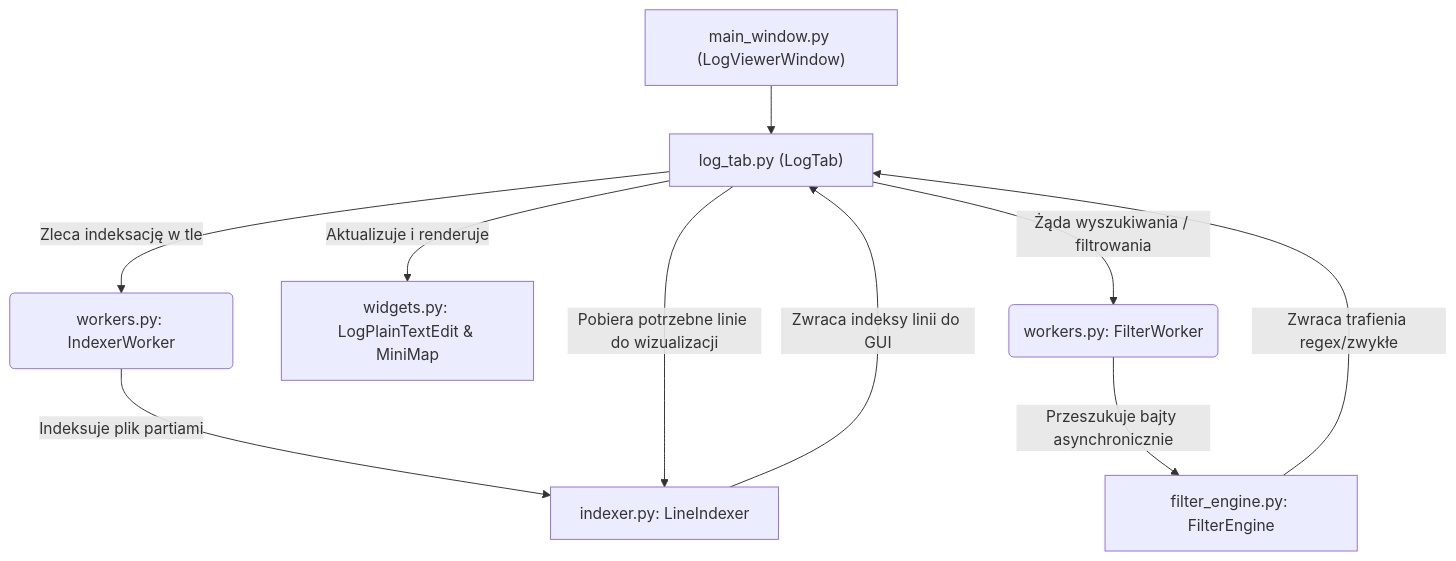
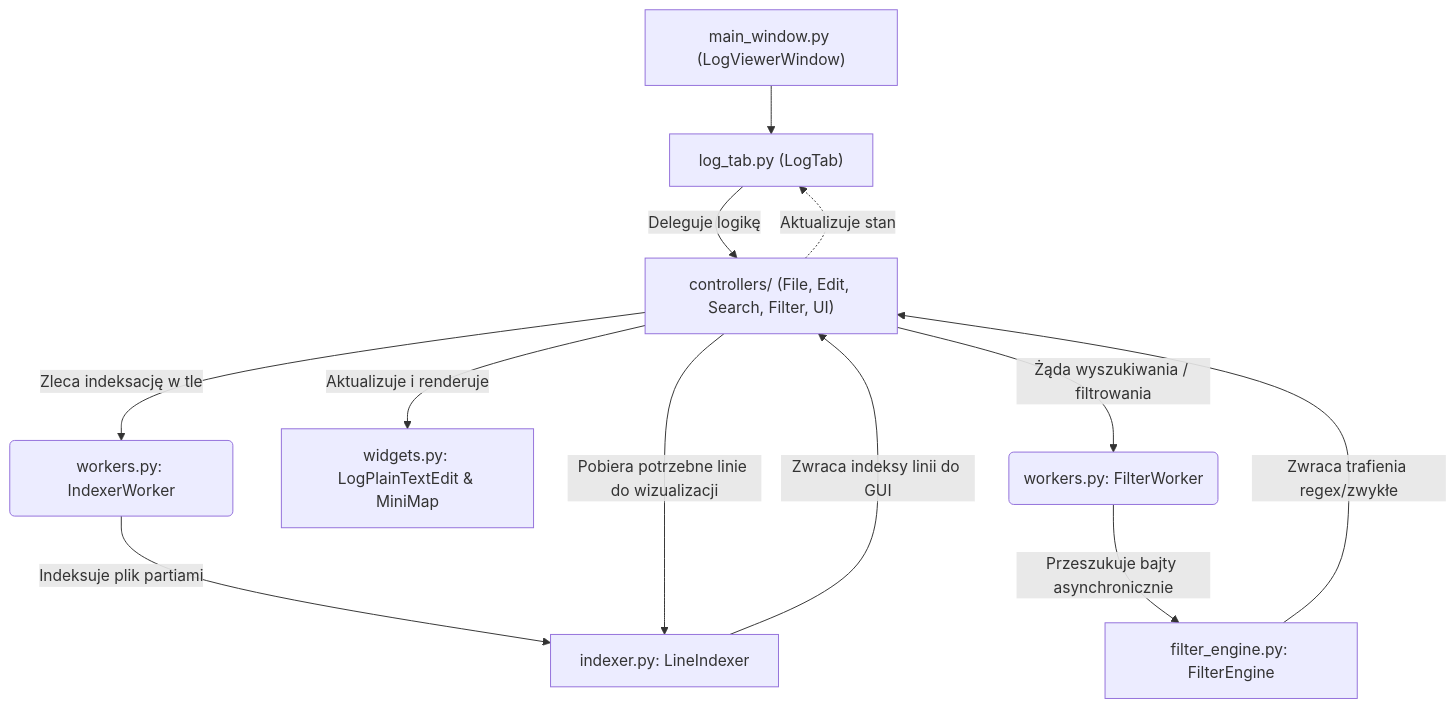
One commit to asmodeus94/log-viewer changed the diagram in ARCHITECTURE.md. Above: the diagram before and after it, drawn with Mermaid. The commit also changed other lines of this file and 3 other files, not shown here.

````diff
--- a/ARCHITECTURE.md
+++ b/ARCHITECTURE.md
@@ -9,13 +9,15 @@
 ```mermaid
 flowchart TD
     A["main_window.py (LogViewerWindow)"] --> B["log_tab.py (LogTab)"]
-    B -->|"Zleca indeksację w tle"| C("workers.py: IndexerWorker")
+    B -->|"Deleguje logikę"| Z["controllers/ (File, Edit, Search, Filter, UI)"]
+    Z -->|"Zleca indeksację w tle"| C("workers.py: IndexerWorker")
     C -->|"Indeksuje plik partiami"| D["indexer.py: LineIndexer"]
-    D -->|"Zwraca indeksy linii do GUI"| B
-    B -->|"Pobiera potrzebne linie do wizualizacji"| D
-    B -->|"Aktualizuje i renderuje"| E["widgets.py: LogPlainTextEdit & MiniMap"]
-    B -->|"Żąda wyszukiwania / filtrowania"| F("workers.py: FilterWorker")
+    D -->|"Zwraca indeksy linii do GUI"| Z
+    Z -->|"Pobiera potrzebne linie do wizualizacji"| D
+    Z -->|"Aktualizuje i renderuje"| E["widgets.py: LogPlainTextEdit & MiniMap"]
+    Z -->|"Żąda wyszukiwania / filtrowania"| F("workers.py: FilterWorker")
     F -->|"Przeszukuje bajty asynchronicznie"| G["filter_engine.py: FilterEngine"]
-    G -->|"Zwraca trafienia regex/zwykłe"| B
+    G -->|"Zwraca trafienia regex/zwykłe"| Z
+    Z -.->|"Aktualizuje stan"| B
 
 ```
````
